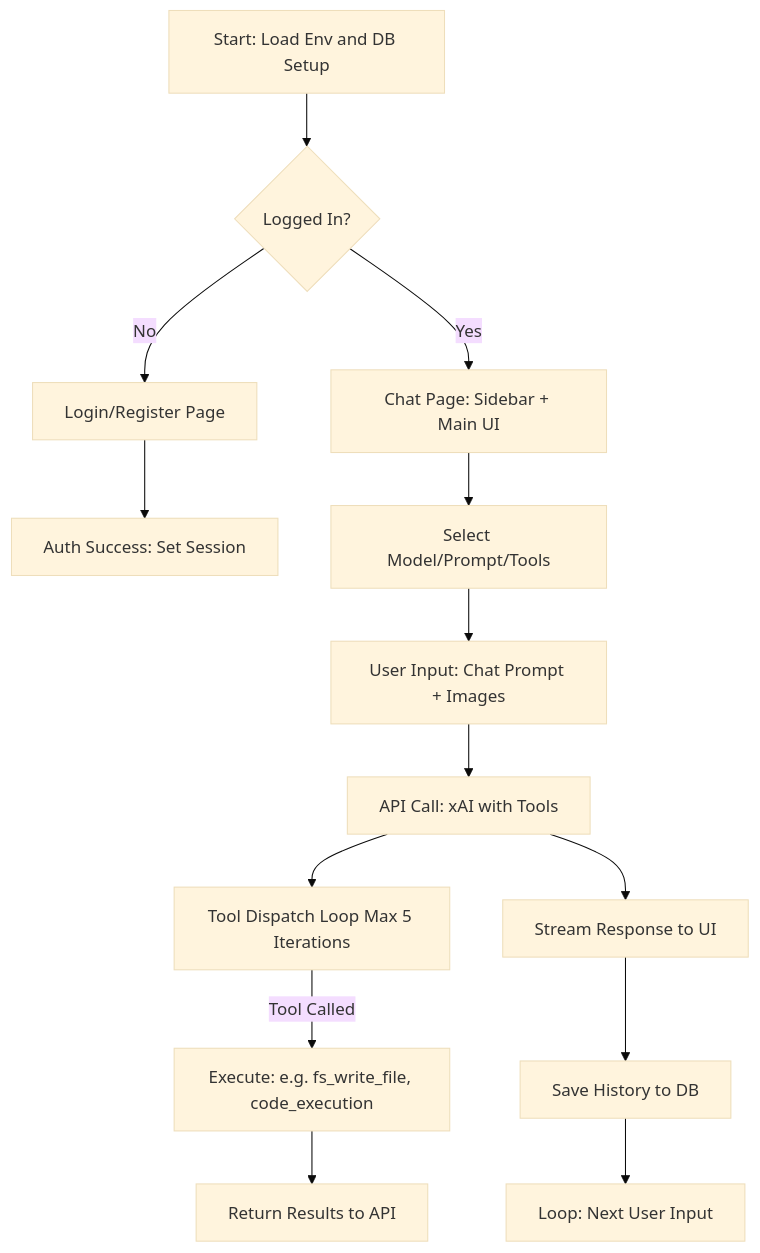
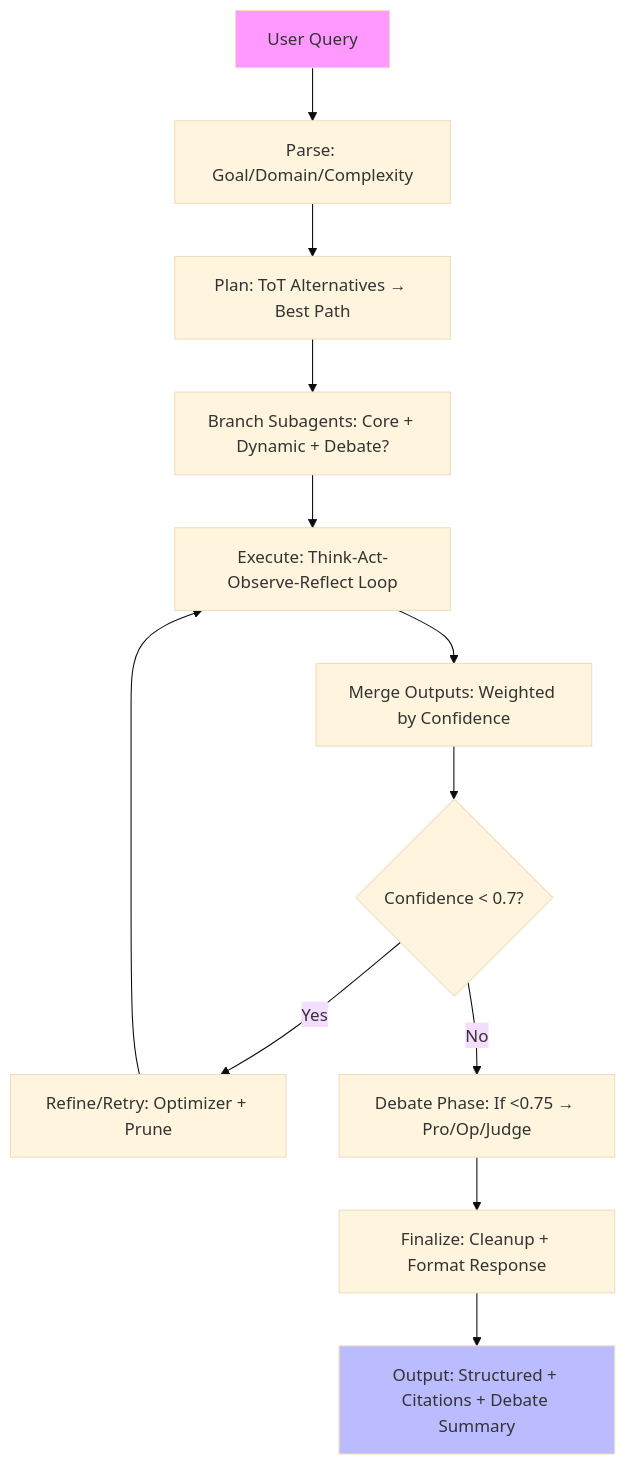
Before and after one commit to buckster123/ApexOrchestrator: the first of 3 diagrams in README.md, drawn with Mermaid (base theme). The commit also changed other lines of this file, not shown here.

````diff
--- a/README.md
+++ b/README.md
@@ -32,16 +37,16 @@
 ```mermaid
 graph TD
-    A[Start: Load Env and DB Setup] --> B{Logged In?}
-    B -->|No| C[Login/Register Page]
-    C --> D[Auth Success: Set Session]
-    B -->|Yes| E[Chat Page: Sidebar + Main UI]
-    E --> F[Select Model/Prompt/Tools]
-    F --> G[User Input: Chat Prompt + Images]
-    G --> H[API Call: xAI with Tools]
-    H --> I[Tool Dispatch Loop Max 5 Iterations]
-    I -->|Tool Called| J[Execute: e.g. fs_write_file, code_execution]
-    J --> K[Return Results to API]
-    H --> L[Stream Response to UI]
-    L --> M[Save History to DB]
-    M --> N[Loop: Next User Input]
+    A[User Query] --> B[Parse: Goal/Domain/Complexity]
+    B --> C[Plan: ToT Alternatives → Best Path]
+    C --> D[Branch Subagents: Core + Dynamic + Debate?]
+    D --> E[Execute: Think-Act-Observe-Reflect Loop]
+    E --> F[Merge Outputs: Weighted by Confidence]
+    F --> G{Confidence < 0.7?}
+    G -->|Yes| H[Refine/Retry: Optimizer + Prune]
+    G -->|No| I[Debate Phase: If <0.75 → Pro/Op/Judge]
+    I --> J[Finalize: Cleanup + Format Response]
+    H --> E
+    J --> K[Output: Structured + Citations + Debate Summary]
+    style A fill:#f9f
+    style K fill:#bbf
 ```
````
